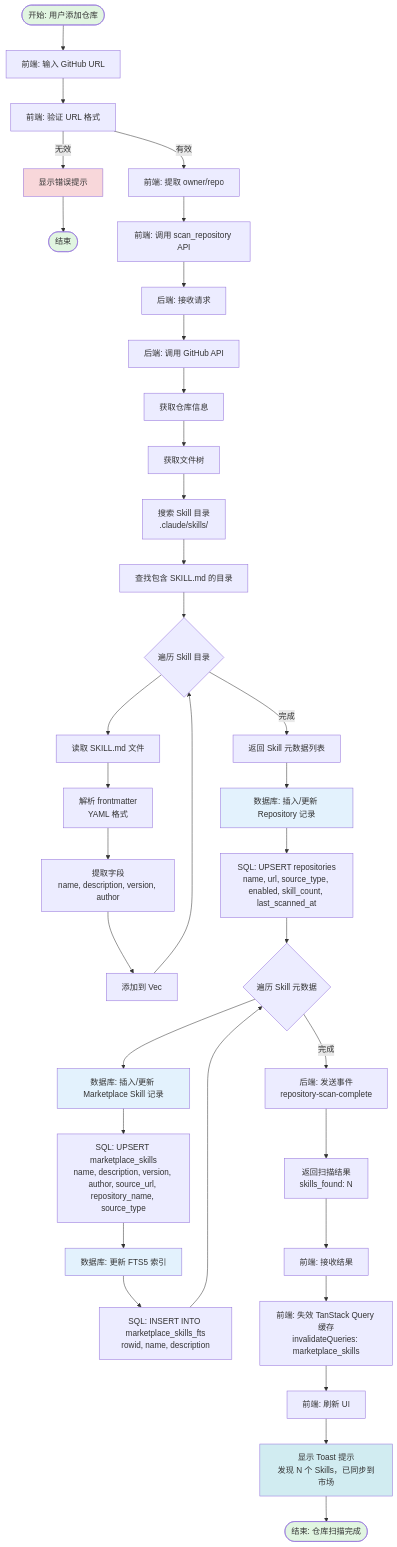
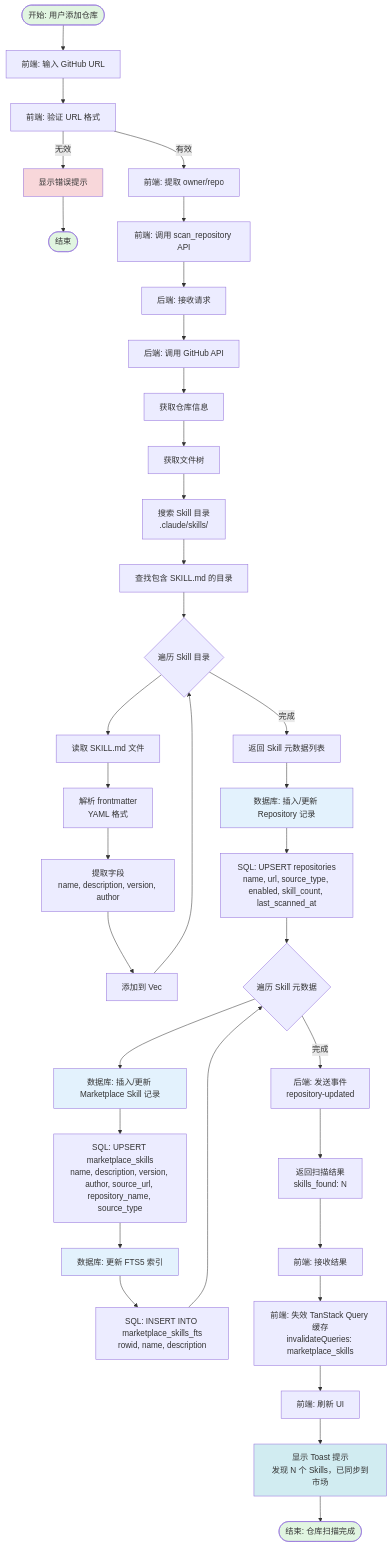
Before and after one commit to Activer007/skills-manager: the diagram in docs/diagrams/data-flows/repository-to-market-data-flow.mermaid, drawn with Mermaid.

Commit message:
docs: update event name in repository-to-market data flow diagram
将流程图中的事件名从 'repository-scan-complete' 更新为
'repository-updated'，与实际代码实现保持一致。

位置: docs/diagrams/data-flows/repository-to-market-data-flow.mermaid
修复问题: DF-01 问题 #2 - 事件名称不匹配

```diff
--- a/docs/diagrams/data-flows/repository-to-market-data-flow.mermaid
+++ b/docs/diagrams/data-flows/repository-to-market-data-flow.mermaid
@@ -1,58 +1,58 @@
 %% DF-01: 仓库→市场数据流
 %% 流程图: repository-to-market-data-flow.mermaid
 
 flowchart TD
     Start([开始: 用户添加仓库]) --> FrontendInput[前端: 输入 GitHub URL]
     FrontendInput --> ValidateURL[前端: 验证 URL 格式]
     ValidateURL -->|无效| ShowError[显示错误提示]
     ValidateURL -->|有效| ExtractInfo[前端: 提取 owner/repo]
 
     ShowError --> End([结束])
 
     ExtractInfo --> CallScanAPI[前端: 调用 scan_repository API]
     CallScanAPI --> BackendReceive[后端: 接收请求]
 
     BackendReceive --> CallGitHubAPI[后端: 调用 GitHub API]
     CallGitHubAPI --> GetRepoInfo[获取仓库信息]
     GetRepoInfo --> GetFileTree[获取文件树]
     GetFileTree --> SearchSkills[搜索 Skill 目录<br/>.claude/skills/]
 
     SearchSkills --> FindSKILLMD[查找包含 SKILL.md 的目录]
     FindSKILLMD --> LoopSkills{遍历 Skill 目录}
 
     LoopSkills --> ReadSKILLMD[读取 SKILL.md 文件]
     ReadSKILLMD --> ParseFrontmatter[解析 frontmatter<br/>YAML 格式]
     ParseFrontmatter --> ExtractFields[提取字段<br/>name, description, version, author]
     ExtractFields --> AddToVector[添加到 Vec<SkillMetadata>]
     AddToVector --> LoopSkills
 
     LoopSkills -->|完成| ReturnMetadata[返回 Skill 元数据列表]
 
     ReturnMetadata --> InsertRepo[数据库: 插入/更新 Repository 记录]
     InsertRepo --> UpsertRepo[SQL: UPSERT repositories<br/>name, url, source_type, enabled, skill_count, last_scanned_at]
 
     UpsertRepo --> LoopMetadata{遍历 Skill 元数据}
     LoopMetadata --> InsertSkill[数据库: 插入/更新 Marketplace Skill 记录]
     InsertSkill --> UpsertSkill[SQL: UPSERT marketplace_skills<br/>name, description, version, author, source_url, repository_name, source_type]
 
     UpsertSkill --> UpdateFTS5[数据库: 更新 FTS5 索引]
     UpdateFTS5 --> InsertFTS[SQL: INSERT INTO marketplace_skills_fts<br/>rowid, name, description]
     InsertFTS --> LoopMetadata
 
-    LoopMetadata -->|完成| EmitEvent[后端: 发送事件<br/>repository-scan-complete]
+    LoopMetadata -->|完成| EmitEvent[后端: 发送事件<br/>repository-updated]
     EmitEvent --> ReturnResult[返回扫描结果<br/>skills_found: N]
 
     ReturnResult --> FrontendReceive[前端: 接收结果]
     FrontendReceive --> InvalidateCache[前端: 失效 TanStack Query 缓存<br/>invalidateQueries: marketplace_skills]
     InvalidateCache --> RefreshUI[前端: 刷新 UI]
     RefreshUI --> ShowToast[显示 Toast 提示<br/>发现 N 个 Skills，已同步到市场]
     ShowToast --> End2([结束: 仓库扫描完成])
 
     style Start fill:#e1f5e1
     style End fill:#e1f5e1
     style End2 fill:#e1f5e1
     style ShowError fill:#f8d7da
     style ShowToast fill:#d1ecf1
     style InsertRepo fill:#e3f2fd
     style InsertSkill fill:#e3f2fd
     style UpdateFTS5 fill:#e3f2fd
```
